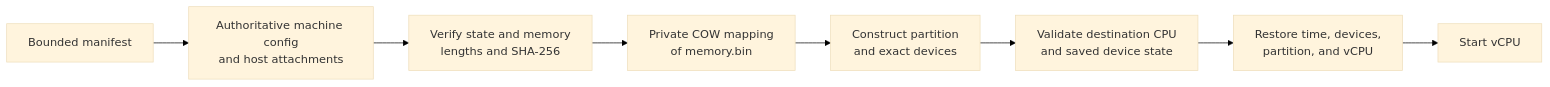
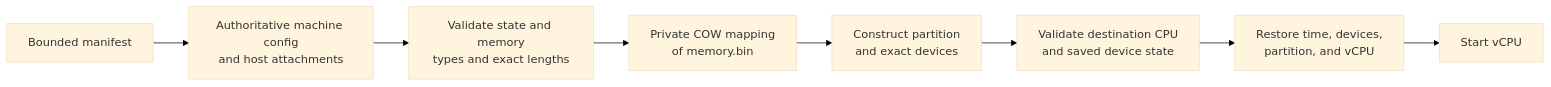
The seventh of 7 diagrams in doc/design.md (microsoft/nvx), drawn with Mermaid before and after one commit. The commit also changed other lines of this file and 2 other files, not shown here.

````diff
--- a/doc/design.md
+++ b/doc/design.md
@@ -545,14 +550,14 @@
 ```mermaid
 %%{init: {"theme": "base", "themeVariables": {"background": "#ffffff"}}}%%
 flowchart LR
    Manifest["Bounded manifest"]
    Config["Authoritative machine config<br/>and host attachments"]
-   Verify["Verify state and memory<br/>lengths and SHA-256"]
+   Verify["Validate state and memory<br/>types and exact lengths"]
    Cow["Private COW mapping<br/>of memory.bin"]
    Machine["Construct partition<br/>and exact devices"]
    Validate["Validate destination CPU<br/>and saved device state"]
    Restore["Restore time, devices,<br/>partition, and vCPU"]
    Run["Start vCPU"]
 
    Manifest --> Config --> Verify --> Cow --> Machine --> Validate --> Restore --> Run
 ```
````
